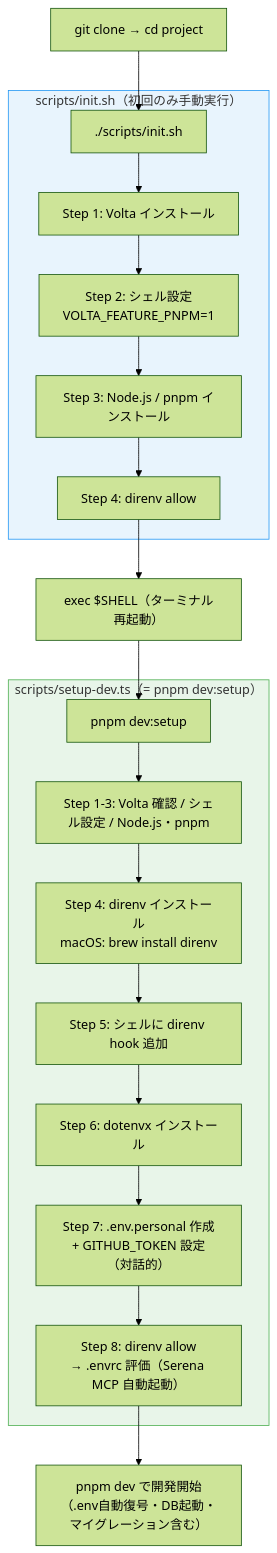
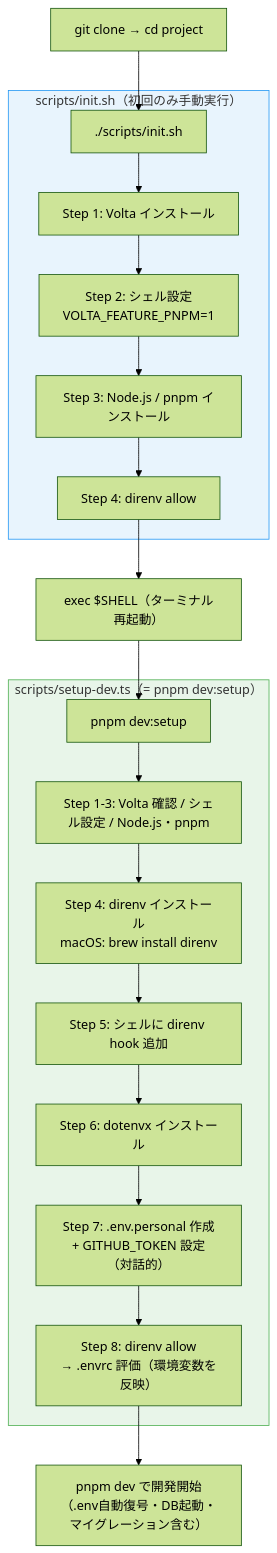
One commit to einja-inc/einja-management-template changed the second of 3 diagrams in docs/einja/instructions/setup-flow.md. Above: the diagram before and after it, drawn with Mermaid (forest theme). The commit also changed other lines of this file, not shown here.

Commit message:
docs: setup-flowのSerena起動手順を現行仕様に更新

````diff
--- a/docs/einja/instructions/setup-flow.md
+++ b/docs/einja/instructions/setup-flow.md
@@ -89,28 +89,28 @@
 ```mermaid
 flowchart TD
     A[git clone → cd project] --> B[./scripts/init.sh]
 
     subgraph init ["scripts/init.sh（初回のみ手動実行）"]
         B --> B1[Step 1: Volta インストール]
         B1 --> B2[Step 2: シェル設定<br/>VOLTA_FEATURE_PNPM=1]
         B2 --> B3[Step 3: Node.js / pnpm インストール]
         B3 --> B4[Step 4: direnv allow]
     end
 
     B4 --> C["exec $SHELL（ターミナル再起動）"]
     C --> D[pnpm dev:setup]
 
     subgraph devsetup ["scripts/setup-dev.ts（= pnpm dev:setup）"]
         D --> D1[Step 1-3: Volta 確認 / シェル設定 / Node.js・pnpm]
         D1 --> D4[Step 4: direnv インストール<br/>macOS: brew install direnv]
         D4 --> D5[Step 5: シェルに direnv hook 追加]
         D5 --> D6[Step 6: dotenvx インストール]
         D6 --> D7["Step 7: .env.personal 作成<br/>+ GITHUB_TOKEN 設定（対話的）"]
-        D7 --> D8["Step 8: direnv allow<br/>→ .envrc 評価（Serena MCP 自動起動）"]
+        D7 --> D8["Step 8: direnv allow<br/>→ .envrc 評価（環境変数を反映）"]
     end
 
     D8 --> E["pnpm dev で開発開始<br/>（.env自動復号・DB起動・マイグレーション含む）"]
 
     style init fill:#e8f4fd,stroke:#2196F3
     style devsetup fill:#e8f5e9,stroke:#4CAF50
 ```
````
